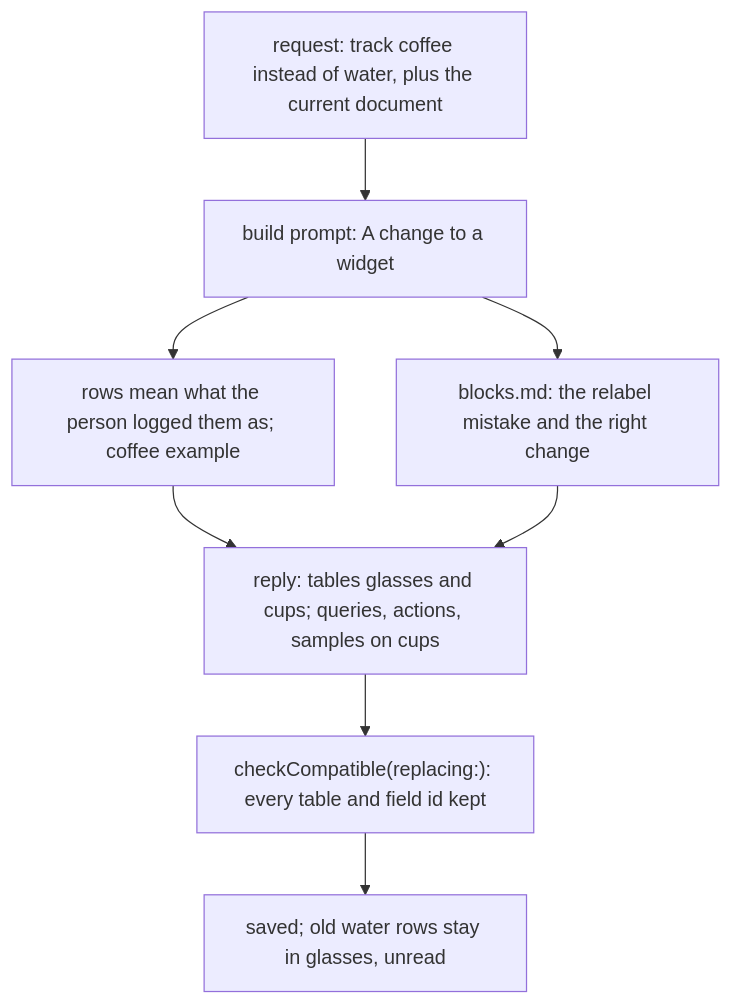
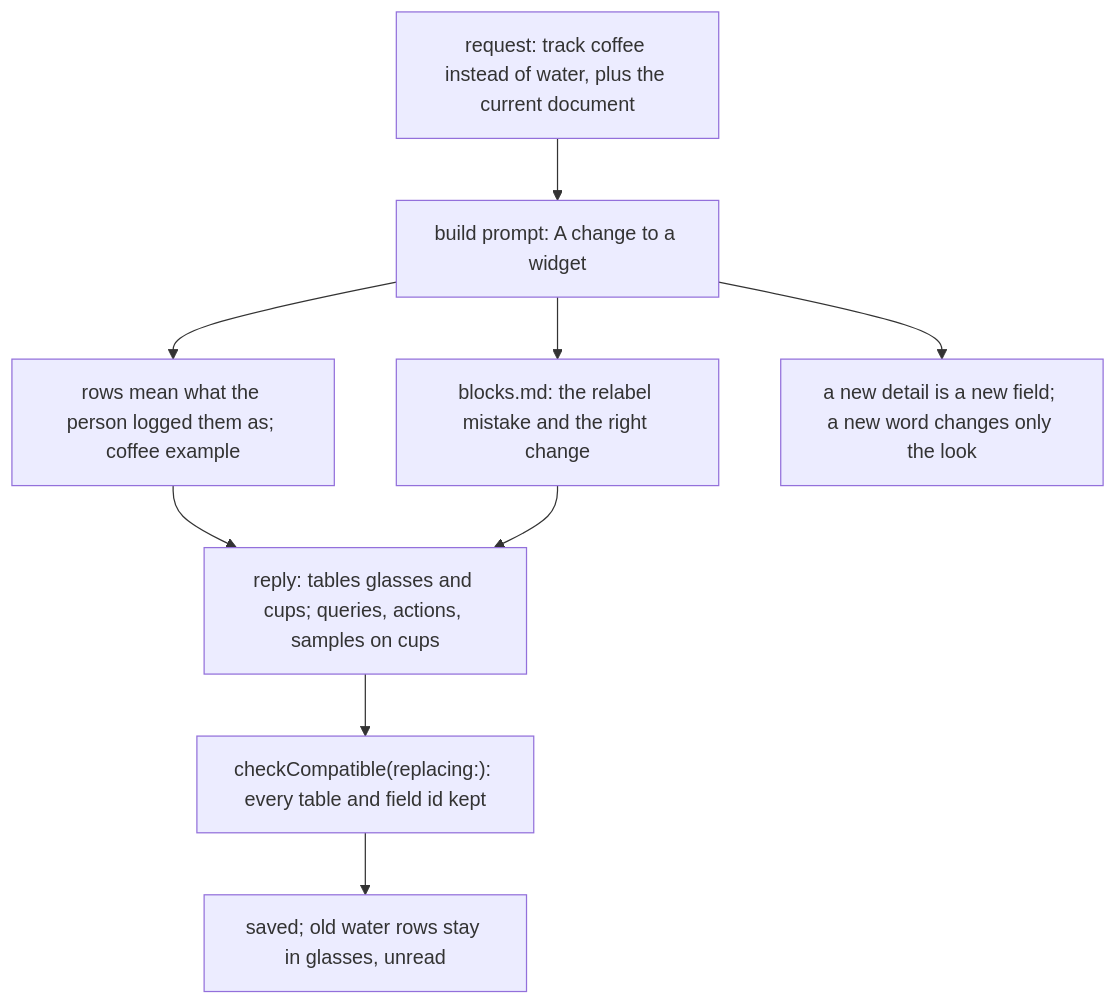
The first of 2 diagrams in docs/pr/6-phase-2-refine-new-table.md (Krutik460/Widgie), drawn with Mermaid before and after one commit. The commit also changed other lines of this file, not shown here.

````diff
--- a/docs/pr/6-phase-2-refine-new-table.md
+++ b/docs/pr/6-phase-2-refine-new-table.md
@@ -15,10 +17,11 @@
 ```mermaid
 flowchart TD
   REQ["request: track coffee instead of water, plus the current document"] --> PROMPT["build prompt: A change to a widget"]
   PROMPT --> RULE["rows mean what the person logged them as; coffee example"]
   PROMPT --> BLOCKS["blocks.md: the relabel mistake and the right change"]
+  PROMPT --> FIELD["a new detail is a new field; a new word changes only the look"]
   RULE --> REPLY["reply: tables glasses and cups; queries, actions, samples on cups"]
   BLOCKS --> REPLY
   REPLY --> CC["checkCompatible(replacing:): every table and field id kept"]
   CC --> SAVE["saved; old water rows stay in glasses, unread"]
 ```
````
